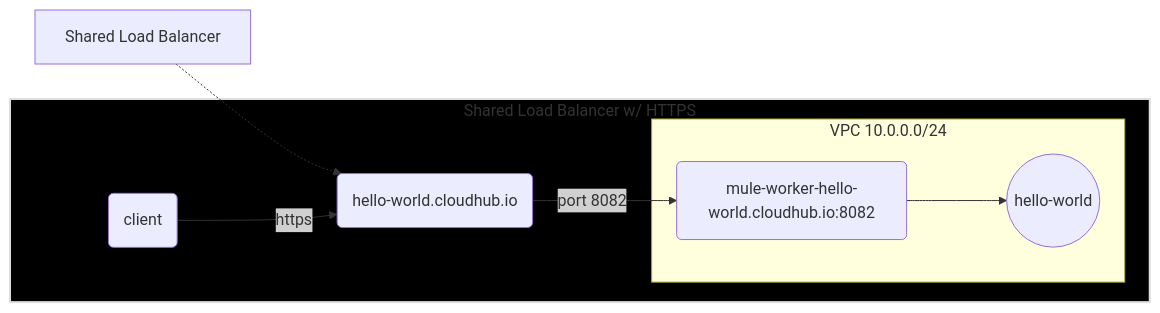
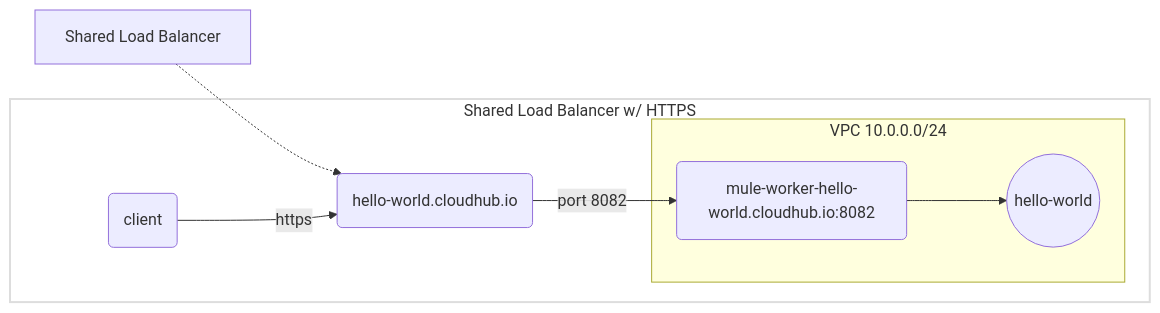
The second of 5 diagrams in _posts/2021/2021-01-02-netcat-mulesoft-cloudhub.md (dhimate/dhimate.github.io), drawn with Mermaid before and after one commit. The commit also changed other lines of this file, not shown here.

Commit message:
Updated mermaid syntax

```diff
--- a/_posts/2021/2021-01-02-netcat-mulesoft-cloudhub.md
+++ b/_posts/2021/2021-01-02-netcat-mulesoft-cloudhub.md
@@ -46,12 +46,12 @@
 <pre class="mermaid">
 flowchart LR
    l1[Shared Load Balancer]-.->c1 
     subgraph B[Shared Load Balancer w/ HTTPS]
         u(client)--https-->c1
         c1(hello-world.cloudhub.io<br/>)--port 8082-->a1
         subgraph VPC 10.0.0.0/24
         a1(mule-worker-hello-world.cloudhub.io:8082)--->id1((hello-world))
       end
     end
- style B fill:#000,stroke:#DDD,stroke-width:2px
+ style B fill:#FFF,stroke:#DDD,stroke-width:2px
 </pre>
```
